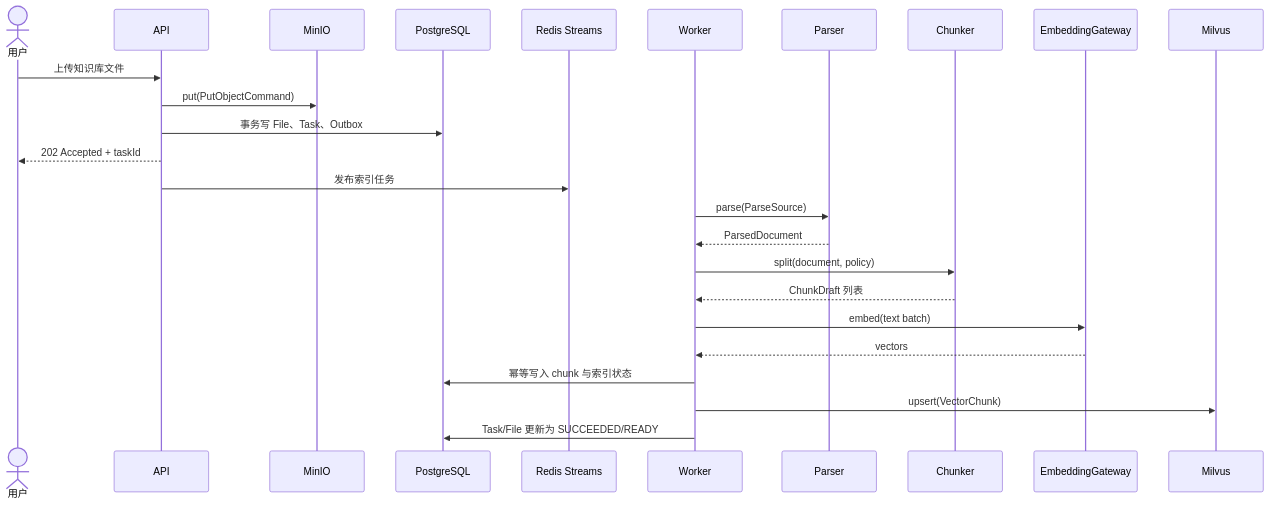
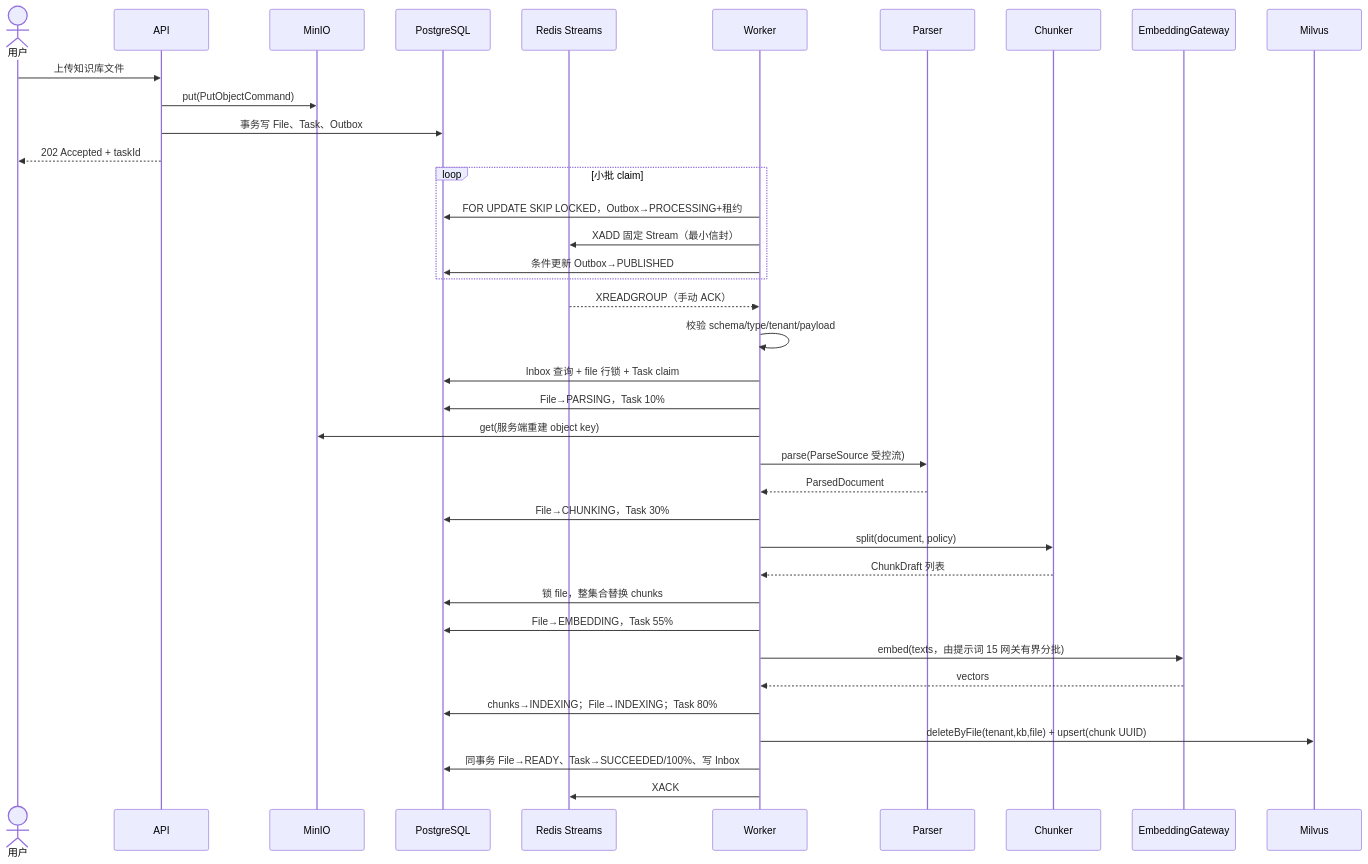
One commit to ymy4171/KnowAgent changed the fourth of 6 diagrams in docs/architecture.md. Above: the diagram before and after it, drawn with Mermaid. The commit also changed other lines of this file and 320 other files, not shown here.

````diff
--- a/docs/architecture.md
+++ b/docs/architecture.md
@@ -119,28 +119,41 @@
 ```mermaid
 sequenceDiagram
     actor User as 用户
     participant API
     participant MinIO
     participant PG as PostgreSQL
     participant Redis as Redis Streams
     participant Worker
     participant Parser
     participant Chunker
     participant Embed as EmbeddingGateway
     participant Milvus
 
     User->>API: 上传知识库文件
     API->>MinIO: put(PutObjectCommand)
     API->>PG: 事务写 File、Task、Outbox
     API-->>User: 202 Accepted + taskId
-    API->>Redis: 发布索引任务
-    Worker->>Parser: parse(ParseSource)
+    loop 小批 claim
+        Worker->>PG: FOR UPDATE SKIP LOCKED，Outbox→PROCESSING+租约
+        Worker->>Redis: XADD 固定 Stream（最小信封）
+        Worker->>PG: 条件更新 Outbox→PUBLISHED
+    end
+    Redis-->>Worker: XREADGROUP（手动 ACK）
+    Worker->>Worker: 校验 schema/type/tenant/payload
+    Worker->>PG: Inbox 查询 + file 行锁 + Task claim
+    Worker->>PG: File→PARSING，Task 10%
+    Worker->>MinIO: get(服务端重建 object key)
+    Worker->>Parser: parse(ParseSource 受控流)
     Parser-->>Worker: ParsedDocument
+    Worker->>PG: File→CHUNKING，Task 30%
     Worker->>Chunker: split(document, policy)
     Chunker-->>Worker: ChunkDraft 列表
-    Worker->>Embed: embed(text batch)
+    Worker->>PG: 锁 file，整集合替换 chunks
+    Worker->>PG: File→EMBEDDING，Task 55%
+    Worker->>Embed: embed(texts，由提示词 15 网关有界分批)
     Embed-->>Worker: vectors
-    Worker->>PG: 幂等写入 chunk 与索引状态
-    Worker->>Milvus: upsert(VectorChunk)
-    Worker->>PG: Task/File 更新为 SUCCEEDED/READY
+    Worker->>PG: chunks→INDEXING；File→INDEXING；Task 80%
+    Worker->>Milvus: deleteByFile(tenant,kb,file) + upsert(chunk UUID)
+    Worker->>PG: 同事务 File→READY、Task→SUCCEEDED/100%、写 Inbox
+    Worker->>Redis: XACK
 ```
````
